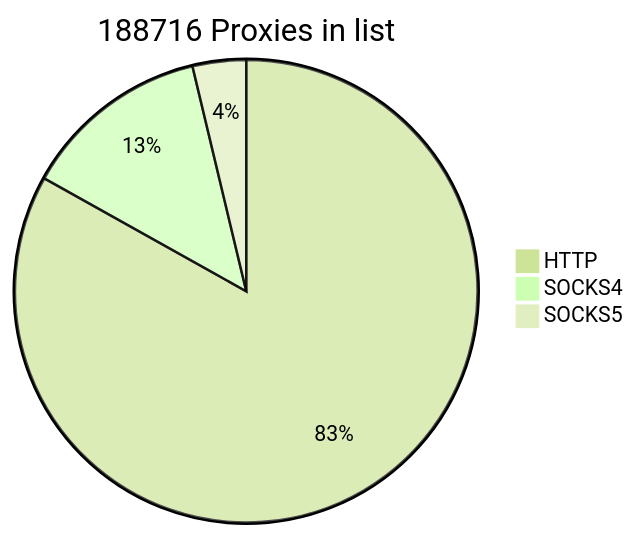
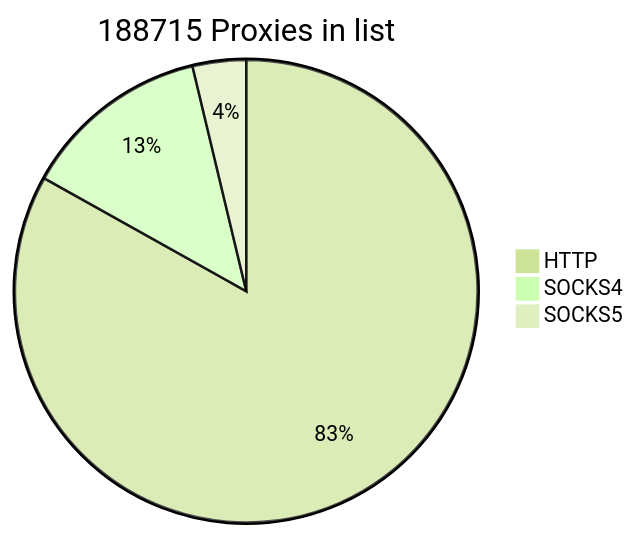
The first of 2 diagrams in README.md (cutipu/proxylist), drawn with Mermaid (forest theme) before and after one commit. The commit also changed other lines of this file, not shown here.

````diff
--- a/README.md
+++ b/README.md
@@ -2,7 +2,7 @@
 ```mermaid
-pie title 188716 Proxies in list
-    "HTTP" : 156849
+pie title 188715 Proxies in list
+    "HTTP" : 156848
     "SOCKS4" : 24817
     "SOCKS5" : 7050
             
 ```
````
